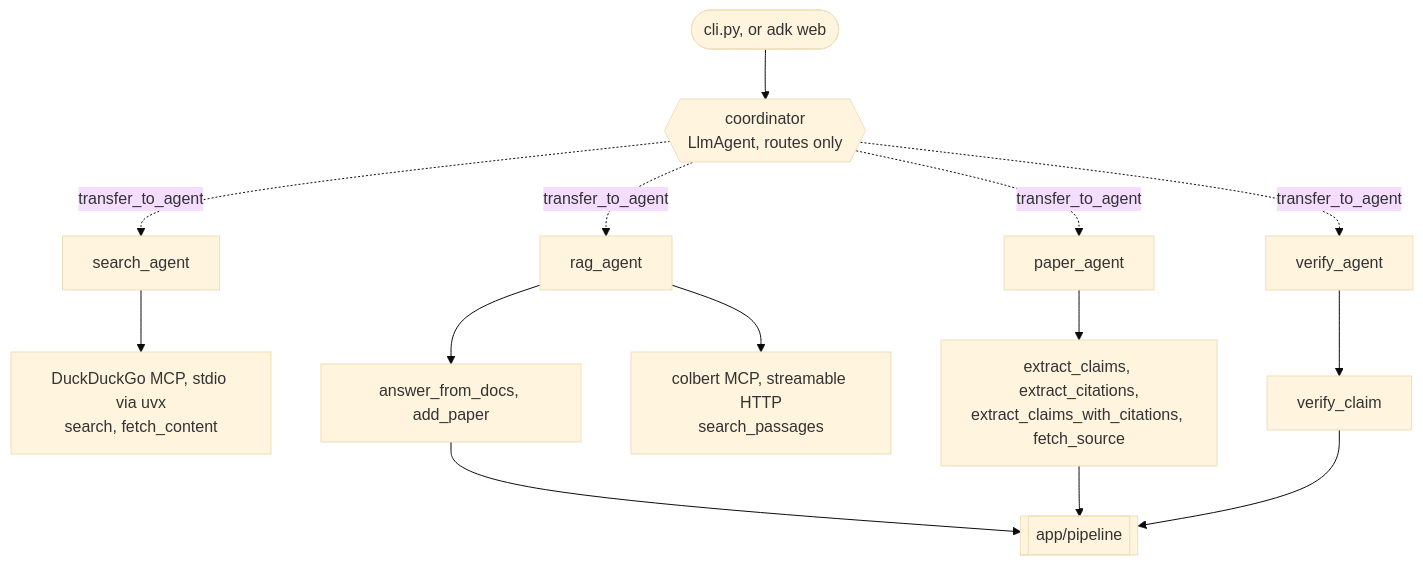
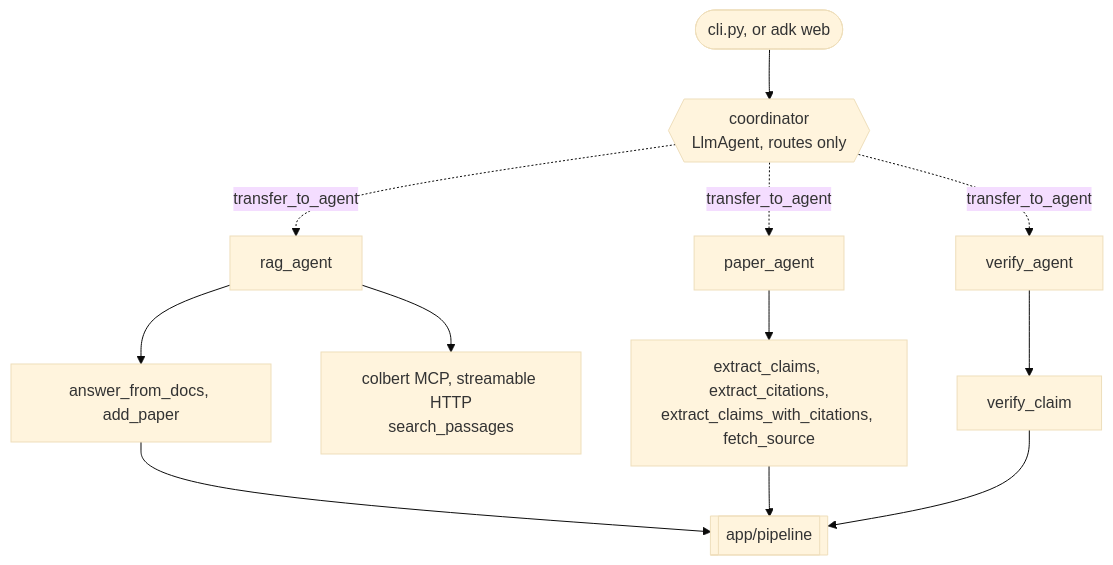
Before and after one commit to ZenithGeeks/SecretSource-prototype: the second of 3 diagrams in ARCHITECTURE.md, drawn with Mermaid (base theme). The commit also changed other lines of this file and 1 other file, not shown here.

First line of the commit message:
SCRUM-160: make the architecture docs true of main again

````diff
--- a/ARCHITECTURE.md
+++ b/ARCHITECTURE.md
@@ -92,20 +105,18 @@
 ```mermaid
 flowchart TD
     U(["cli.py, or adk web"]) --> C
 
     C{{"coordinator<br/>LlmAgent, routes only"}}
-    C -.->|"transfer_to_agent"| SA["search_agent"]
     C -.->|"transfer_to_agent"| RA["rag_agent"]
     C -.->|"transfer_to_agent"| PA["paper_agent"]
     C -.->|"transfer_to_agent"| VA["verify_agent"]
 
-    SA --> DDG["DuckDuckGo MCP, stdio via uvx<br/>search, fetch_content"]
     RA --> RT["answer_from_docs, add_paper"]
     RA --> CMCP["colbert MCP, streamable HTTP<br/>search_passages"]
     PA --> PT["extract_claims, extract_citations,<br/>extract_claims_with_citations, fetch_source"]
     VA --> VT["verify_claim"]
 
     RT --> PIPE[["app/pipeline"]]
     PT --> PIPE
     VT --> PIPE
 ```
````
